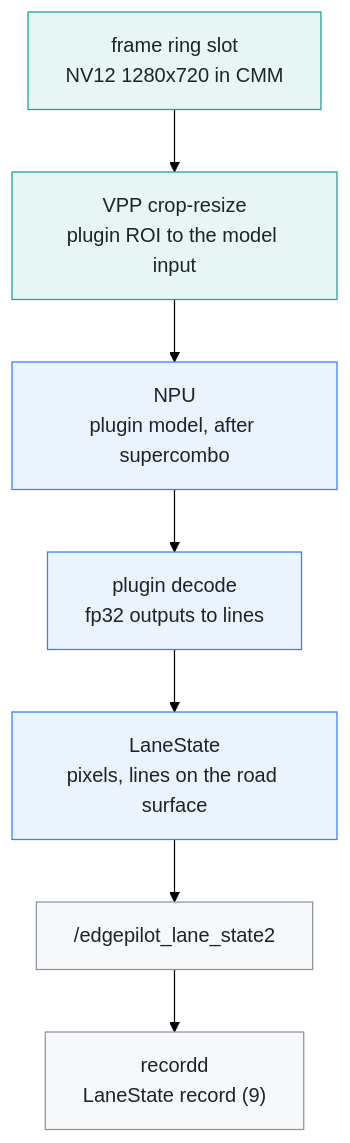
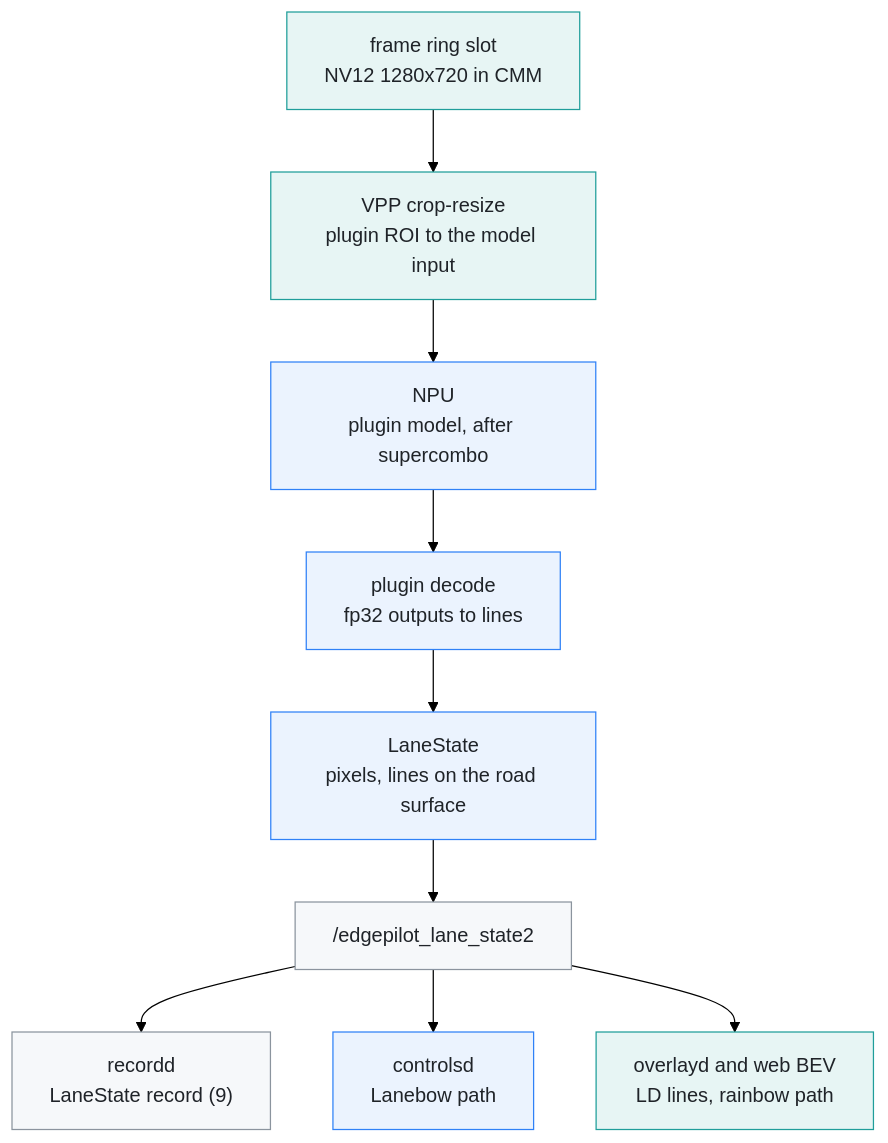
Before and after one commit to Deggory/edgepilot: the diagram in docs/lane-line-plugin.md, drawn with Mermaid (forest theme). The commit also changed other lines of this file and 73 other files, not shown here.

````diff
--- a/docs/lane-line-plugin.md
+++ b/docs/lane-line-plugin.md
@@ -13,15 +13,17 @@
 ```mermaid
 flowchart TB
     ring["frame ring slot<br>NV12 1280x720 in CMM"] --> vpp["VPP crop-resize<br>plugin ROI to the model input"]
     vpp --> npu["NPU<br>plugin model, after supercombo"]
     npu --> decode["plugin decode<br>fp32 outputs to lines"]
     decode --> fill["LaneState<br>pixels, lines on the road surface"]
     fill --> topic["/edgepilot_lane_state2"]
     topic --> recordd["recordd<br>LaneState record (9)"]
+    topic --> controlsd["controlsd<br>Lanebow path"]
+    topic --> overlayd["overlayd and web BEV<br>LD lines, rainbow path"]
     classDef pixel fill:#e7f5f4,stroke:#1f9e9a,color:#1f2328
     classDef compute fill:#ebf3fe,stroke:#2f81f7,color:#1f2328
     classDef proc fill:#f6f8fa,stroke:#8b949e,color:#1f2328
-    class ring,vpp pixel
-    class npu,decode,fill compute
+    class ring,vpp,overlayd pixel
+    class npu,decode,fill,controlsd compute
     class topic,recordd proc
 ```
````
